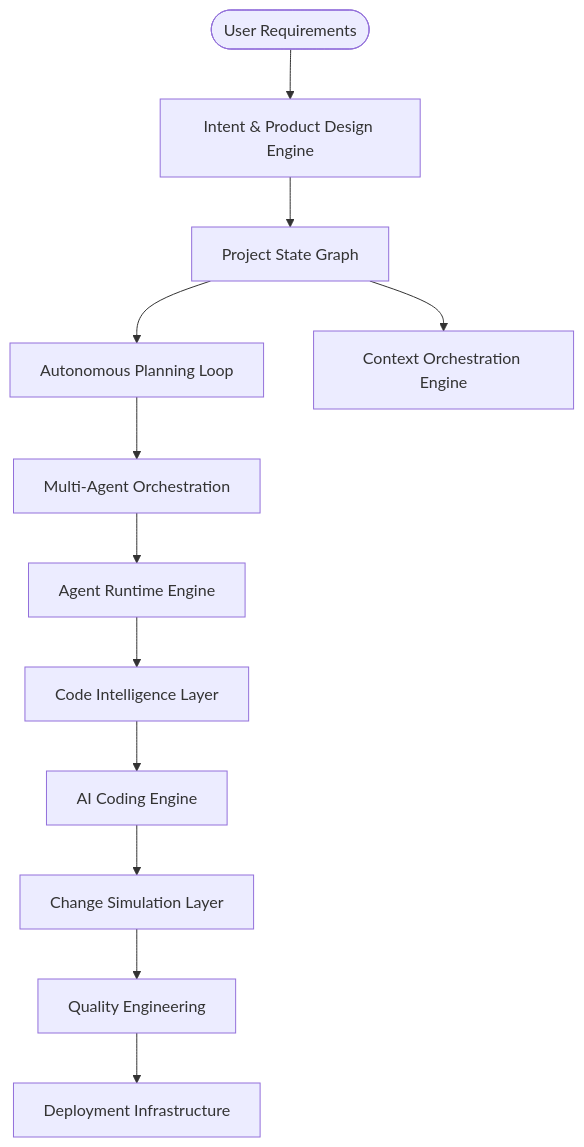
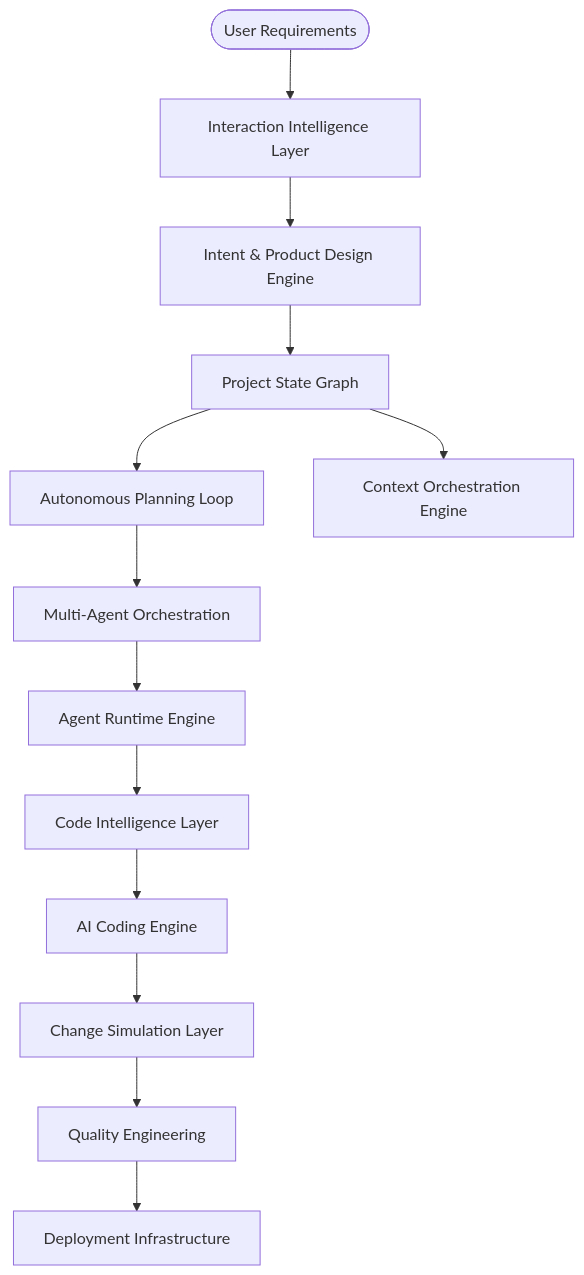
One commit to pavan53732/true-autonomous-AI-full-stack-app-builder changed the diagram in PROJECT_PLAN.md. Above: the diagram before and after it, drawn with Mermaid. The commit also changed other lines of this file, not shown here.

Commit message:
Final Coherence Hardening: Updated diagram flow, linked Interaction-Context bridge, and cleaned Authority Model wording

````diff
--- a/PROJECT_PLAN.md
+++ b/PROJECT_PLAN.md
@@ -772,24 +773,26 @@
 ```mermaid
 graph TD
-    User([User Requirements]) --> Planning[Intent & Product Design Engine]
+    User([User Requirements]) --> Interaction[Interaction Intelligence Layer]
+
+    Interaction --> Planning[Intent & Product Design Engine]
 
     Planning --> PSG[Project State Graph]
 
     PSG --> MissionEngine[Autonomous Planning Loop]
 
     PSG --> Context[Context Orchestration Engine]
 
     MissionEngine --> Agents[Multi-Agent Orchestration]
 
     Agents --> Runtime[Agent Runtime Engine]
 
     Runtime --> CodeIntel[Code Intelligence Layer]
 
     CodeIntel --> Coding[AI Coding Engine]
 
     Coding --> Simulation[Change Simulation Layer]
 
     Simulation --> Quality[Quality Engineering]
 
     Quality --> Deploy[Deployment Infrastructure]
 ```
````
